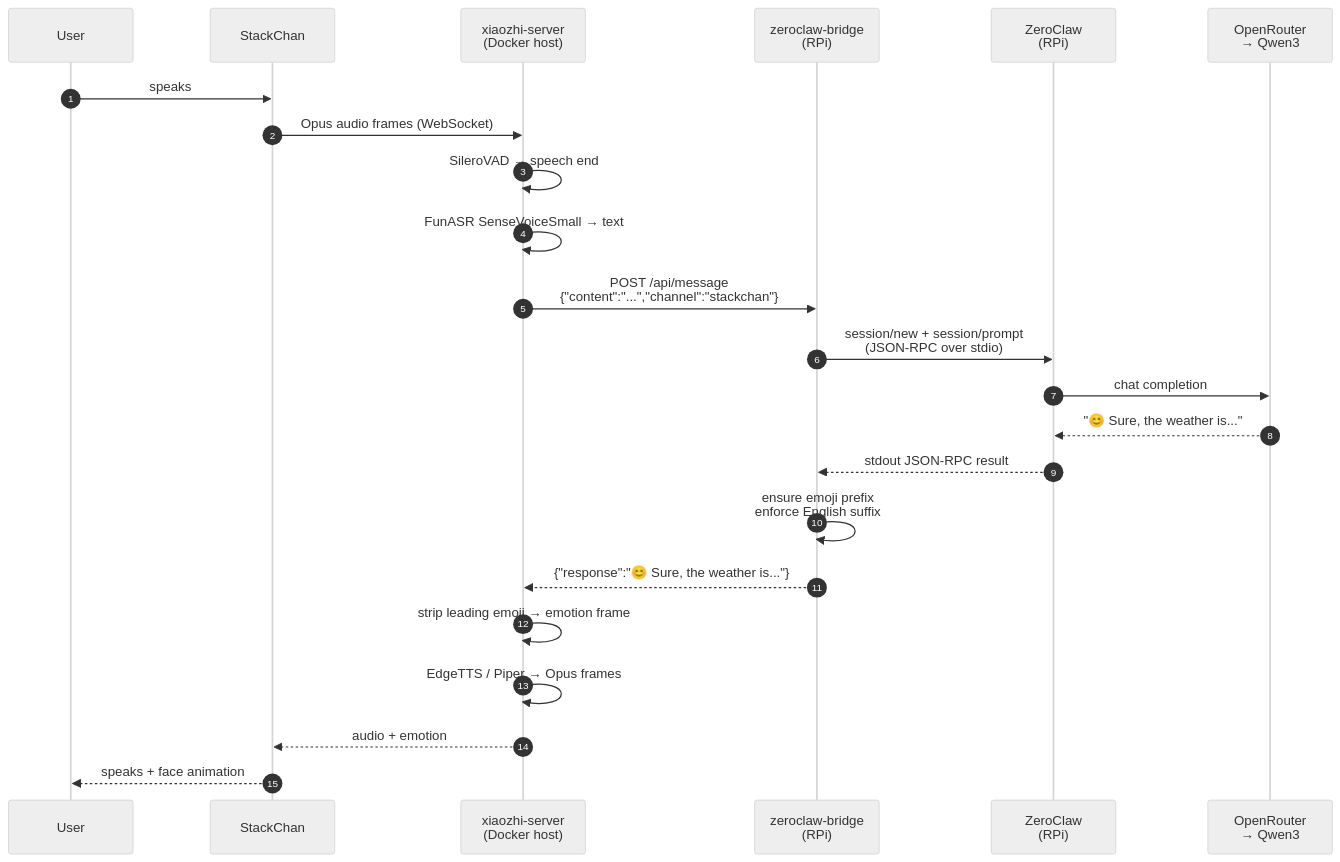
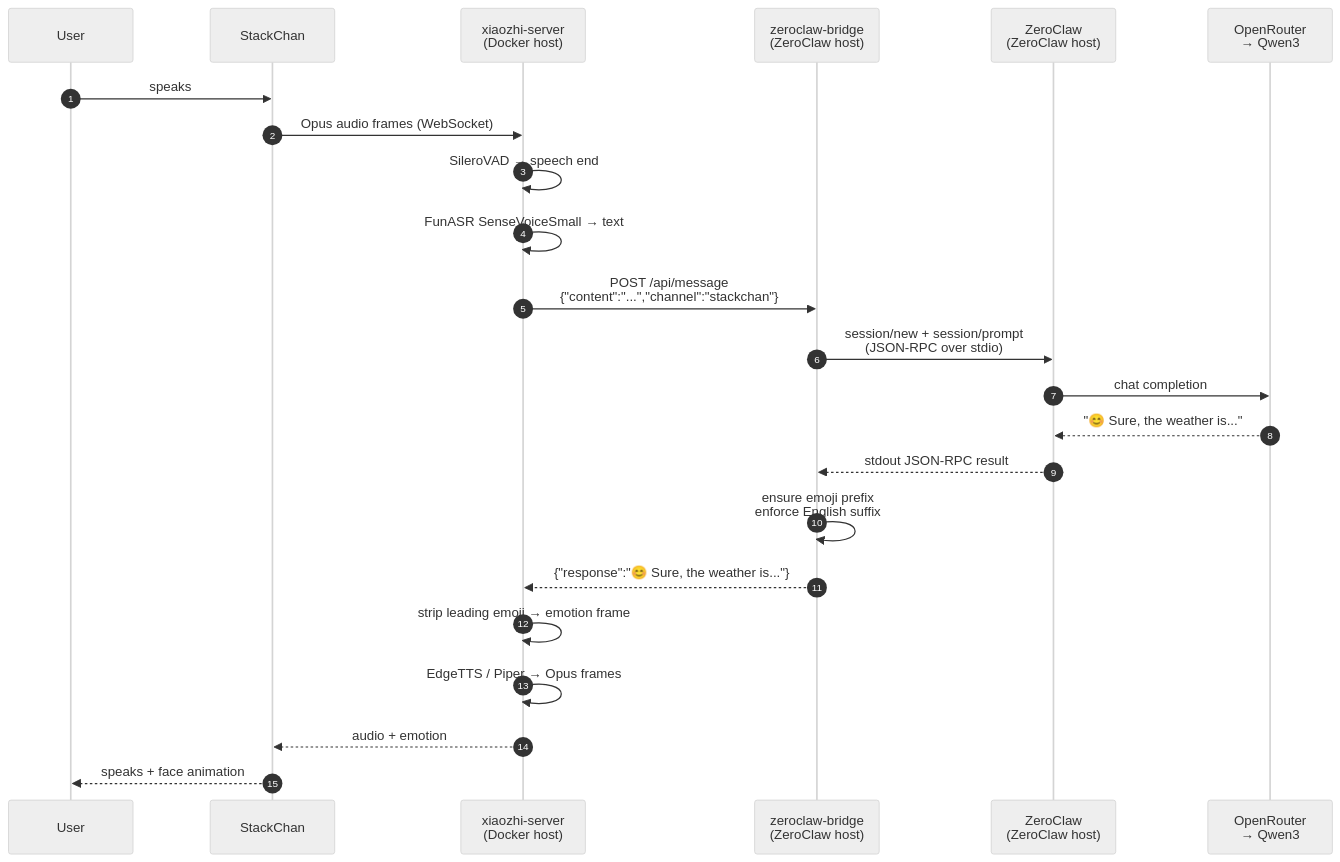
Before and after one commit to BrettKinny/dotty-stackchan: the diagram in docs/architecture.md, drawn with Mermaid (neutral theme). The commit also changed other lines of this file and 36 other files, not shown here.

````diff
--- a/docs/architecture.md
+++ b/docs/architecture.md
@@ -29,26 +29,26 @@
 ```mermaid
 sequenceDiagram
     autonumber
     participant User
     participant SC as StackChan
     participant XZ as xiaozhi-server<br/>(Docker host)
-    participant Br as zeroclaw-bridge<br/>(RPi)
-    participant ZC as ZeroClaw<br/>(RPi)
+    participant Br as zeroclaw-bridge<br/>(ZeroClaw host)
+    participant ZC as ZeroClaw<br/>(ZeroClaw host)
     participant LLM as OpenRouter<br/>→ Qwen3
 
     User->>SC: speaks
     SC->>XZ: Opus audio frames (WebSocket)
     XZ->>XZ: SileroVAD → speech end
     XZ->>XZ: FunASR SenseVoiceSmall → text
     XZ->>Br: POST /api/message<br/>{"content":"...","channel":"stackchan"}
     Br->>ZC: session/new + session/prompt<br/>(JSON-RPC over stdio)
     ZC->>LLM: chat completion
     LLM-->>ZC: "😊 Sure, the weather is..."
     ZC-->>Br: stdout JSON-RPC result
     Br->>Br: ensure emoji prefix<br/>enforce English suffix
     Br-->>XZ: {"response":"😊 Sure, the weather is..."}
     XZ->>XZ: strip leading emoji → emotion frame
     XZ->>XZ: EdgeTTS / Piper → Opus frames
     XZ-->>SC: audio + emotion
     SC-->>User: speaks + face animation
 ```
````
